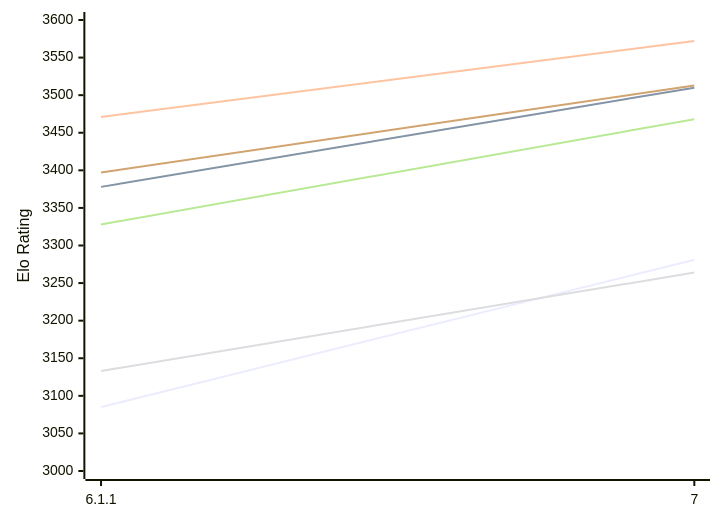
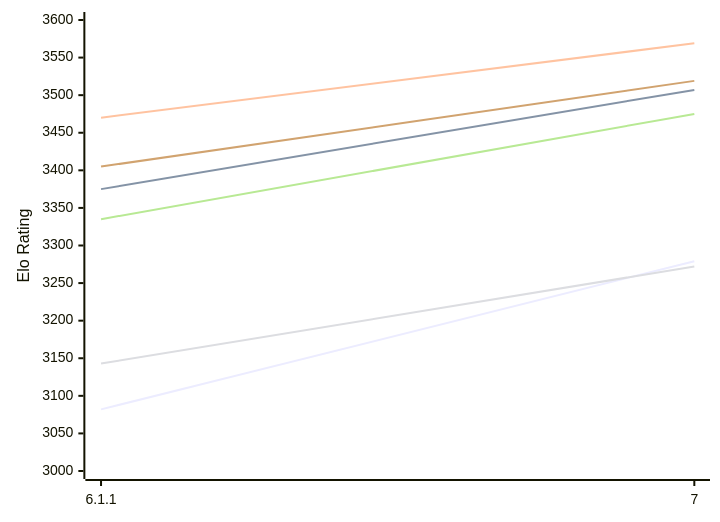
The first of 2 diagrams in engines/Zangdar.md (computer-chess-index/cci), drawn with Mermaid before and after one commit. The commit also changed other lines of this file, not shown here.

Commit message:
Update CCI Ratings (ELO VLTC) - 2026-11-23

````diff
--- a/engines/Zangdar.md
+++ b/engines/Zangdar.md
@@ -53,12 +53,12 @@
 ```mermaid
 %%{init: {"theme":"base","themeVariables":{"seriesColors:['#a3a3a3','#222221','#faa371']}}}%%
 xychart-beta
   x-axis ["6.1.1", "7"]
   y-axis "Elo Rating" 3000 --> 3600
-  line "E1: STC (8.0+0.08s)" [3085, 3281]
-  line "E1: LTC (60.0+0.60s)" [3378, 3510]
-  line "E1: VLTC (2m24s+1.12s)" [3471, 3572]
-  line "P1: STC (8.0+0.08s)" [3133, 3264]
-  line "P1: LTC (60.0+0.60s)" [3328, 3468]
-  line "P1: VLTC (2m24s+1.12s)" [3397, 3513]
+  line "E1: STC (8.0+0.08s)" [3082, 3279]
+  line "E1: LTC (60.0+0.60s)" [3375, 3507]
+  line "E1: VLTC (2m24s+1.12s)" [3470, 3569]
+  line "P1: STC (8.0+0.08s)" [3143, 3272]
+  line "P1: LTC (60.0+0.60s)" [3335, 3475]
+  line "P1: VLTC (2m24s+1.12s)" [3405, 3519]
 ```
````
